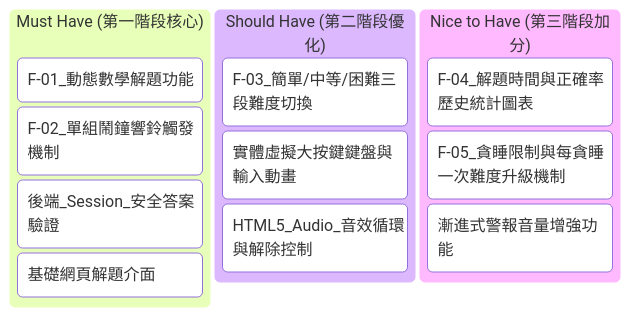
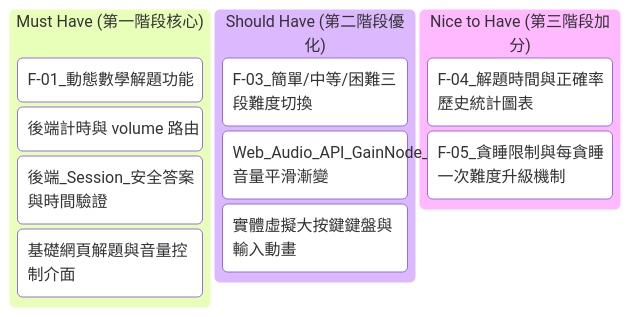
One commit to D1463782/cxy_517-Advanced-Programming changed the diagram in docs/PRD.md. Above: the diagram before and after it, drawn with Mermaid. The commit also changed other lines of this file and 2 other files, not shown here.

Commit message:
feat: implement F-02 stepped volume penalty and Scheme B Hell++ 7-number math challenge

````diff
--- a/docs/PRD.md
+++ b/docs/PRD.md
@@ -227,16 +374,15 @@
 ```mermaid
 kanban
   Must_Have["Must Have (第一階段核心)"]
     F-01_動態數學解題功能
-    F-02_單組鬧鐘響鈴觸發機制
-    後端_Session_安全答案驗證
-    基礎網頁解題介面
+    F-02_階梯音量懲罰功能 (後端計時與 volume 路由)
+    後端_Session_安全答案與時間驗證
+    基礎網頁解題與音量控制介面
   Should_Have["Should Have (第二階段優化)"]
     F-03_簡單/中等/困難三段難度切換
+    Web_Audio_API_GainNode_音量平滑漸變
     實體虛擬大按鍵鍵盤與輸入動畫
-    HTML5_Audio_音效循環與解除控制
   Nice_to_Have["Nice to Have (第三階段加分)"]
     F-04_解題時間與正確率歷史統計圖表
     F-05_貪睡限制與每貪睡一次難度升級機制
-    漸進式警報音量增強功能
 ```
````
